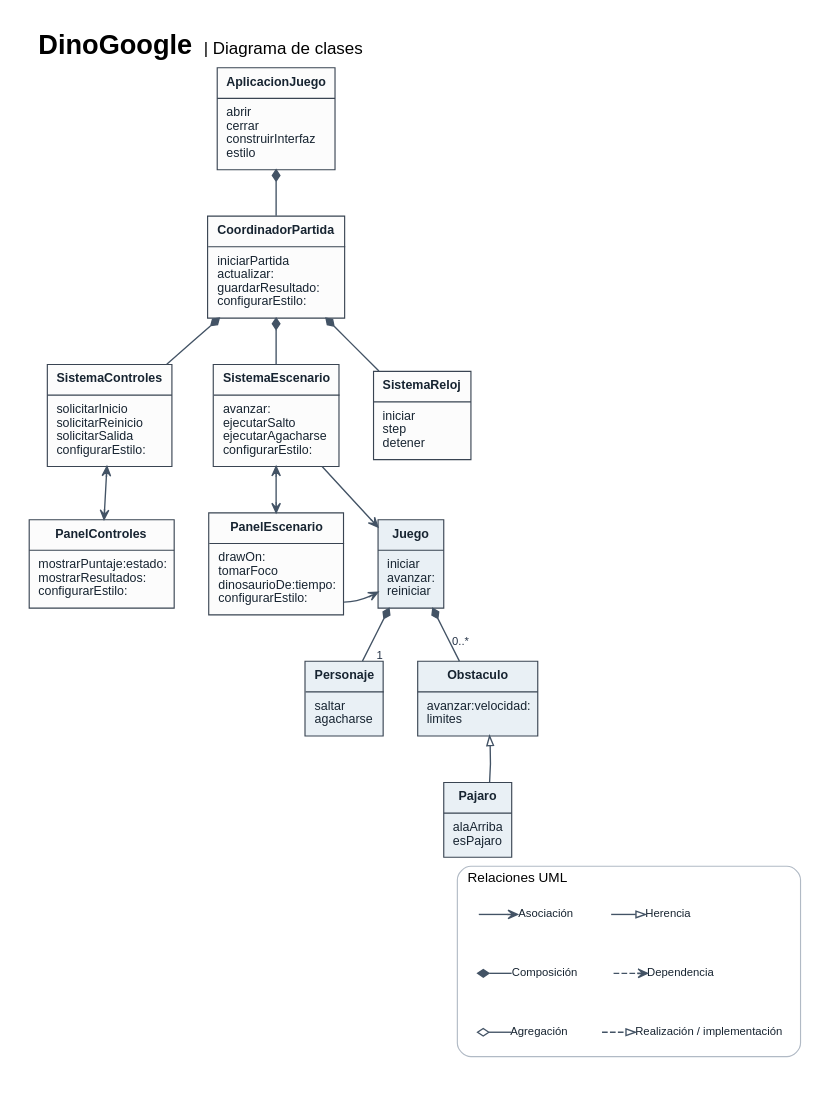
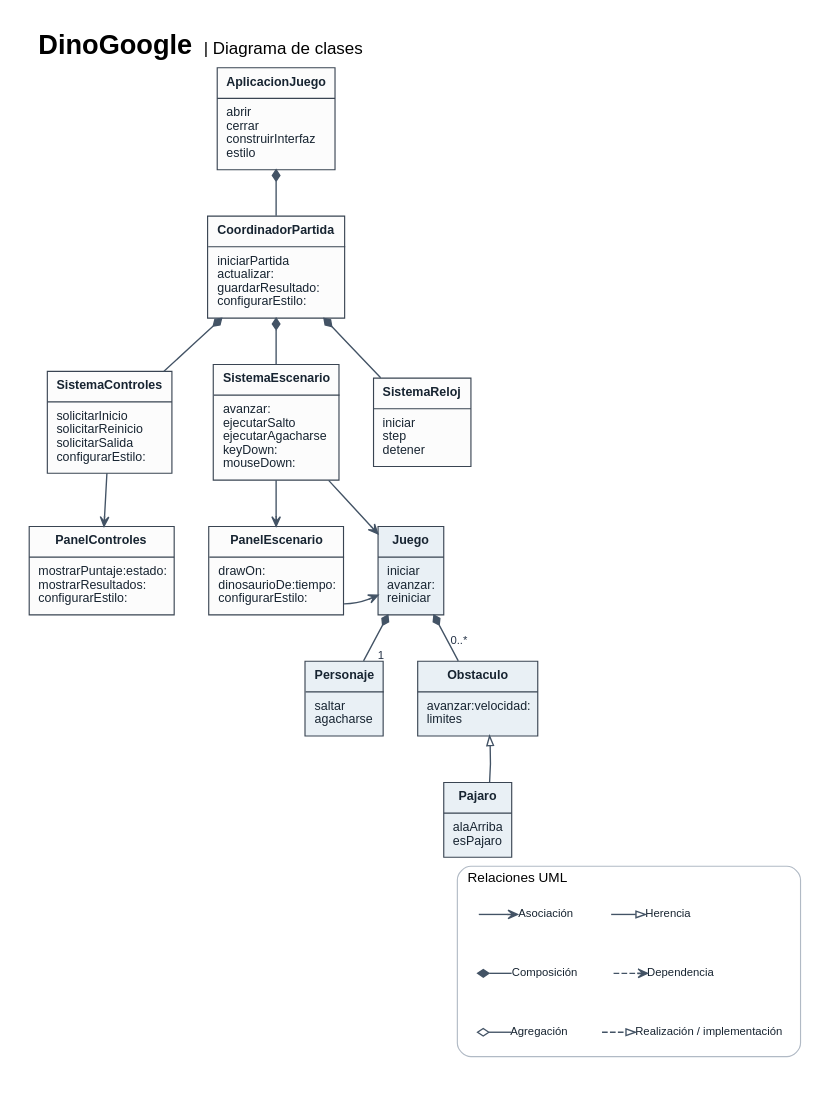
One commit to CnioritoD/DinoGoogle changed the diagram in docs/diagrama-de-clases.dot. Above: the diagram before and after it, drawn with Graphviz. The commit also changed 5 other files, not shown here.

```diff
--- a/docs/diagrama-de-clases.dot
+++ b/docs/diagrama-de-clases.dot
@@ -1,116 +1,116 @@
 digraph DinoGoogle {
   graph [rankdir=TB, bgcolor="#ffffff", pad=0.26, nodesep=0.42, ranksep=0.57,
     fontname="Arial", fontsize=24, labelloc=t, labeljust=l,
     label=<<B>DinoGoogle</B> <FONT POINT-SIZE="15">| Diagrama de clases</FONT>>];
   node [shape=plain, fontname="Arial", fontsize=11,
     color="#394452", fontcolor="#172431", penwidth=1.15, margin="0.16,0.09"];
   edge [fontname="Arial", fontsize=10, color="#435365", fontcolor="#243246",
     penwidth=1.2, arrowsize=0.83];
 
   AplicacionJuego [label=<<TABLE BORDER="1" COLOR="#394452" CELLBORDER="0" CELLSPACING="0" CELLPADDING="7" BGCOLOR="#fcfcfc">
     <TR><TD><B>AplicacionJuego</B></TD></TR>
     <HR/><TR><TD ALIGN="LEFT" BALIGN="LEFT">abrir<BR ALIGN="LEFT"/>cerrar<BR ALIGN="LEFT"/>construirInterfaz<BR ALIGN="LEFT"/>estilo</TD></TR>
   </TABLE>>];
   CoordinadorPartida [label=<<TABLE BORDER="1" COLOR="#394452" CELLBORDER="0" CELLSPACING="0" CELLPADDING="7" BGCOLOR="#fcfcfc">
     <TR><TD><B>CoordinadorPartida</B></TD></TR>
     <HR/><TR><TD ALIGN="LEFT" BALIGN="LEFT">iniciarPartida<BR ALIGN="LEFT"/>actualizar:<BR ALIGN="LEFT"/>guardarResultado:<BR ALIGN="LEFT"/>configurarEstilo:</TD></TR>
   </TABLE>>];
   SistemaControles [label=<<TABLE BORDER="1" COLOR="#394452" CELLBORDER="0" CELLSPACING="0" CELLPADDING="7" BGCOLOR="#fcfcfc">
     <TR><TD><B>SistemaControles</B></TD></TR>
     <HR/><TR><TD ALIGN="LEFT" BALIGN="LEFT">solicitarInicio<BR ALIGN="LEFT"/>solicitarReinicio<BR ALIGN="LEFT"/>solicitarSalida<BR ALIGN="LEFT"/>configurarEstilo:</TD></TR>
   </TABLE>>];
   SistemaEscenario [label=<<TABLE BORDER="1" COLOR="#394452" CELLBORDER="0" CELLSPACING="0" CELLPADDING="7" BGCOLOR="#fcfcfc">
     <TR><TD><B>SistemaEscenario</B></TD></TR>
-    <HR/><TR><TD ALIGN="LEFT" BALIGN="LEFT">avanzar:<BR ALIGN="LEFT"/>ejecutarSalto<BR ALIGN="LEFT"/>ejecutarAgacharse<BR ALIGN="LEFT"/>configurarEstilo:</TD></TR>
+    <HR/><TR><TD ALIGN="LEFT" BALIGN="LEFT">avanzar:<BR ALIGN="LEFT"/>ejecutarSalto<BR ALIGN="LEFT"/>ejecutarAgacharse<BR ALIGN="LEFT"/>keyDown:<BR ALIGN="LEFT"/>mouseDown:</TD></TR>
   </TABLE>>];
   SistemaReloj [label=<<TABLE BORDER="1" COLOR="#394452" CELLBORDER="0" CELLSPACING="0" CELLPADDING="7" BGCOLOR="#fcfcfc">
     <TR><TD><B>SistemaReloj</B></TD></TR>
     <HR/><TR><TD ALIGN="LEFT" BALIGN="LEFT">iniciar<BR ALIGN="LEFT"/>step<BR ALIGN="LEFT"/>detener</TD></TR>
   </TABLE>>];
   PanelControles [label=<<TABLE BORDER="1" COLOR="#394452" CELLBORDER="0" CELLSPACING="0" CELLPADDING="7" BGCOLOR="#fcfcfc">
     <TR><TD><B>PanelControles</B></TD></TR>
     <HR/><TR><TD ALIGN="LEFT" BALIGN="LEFT">mostrarPuntaje:estado:<BR ALIGN="LEFT"/>mostrarResultados:<BR ALIGN="LEFT"/>configurarEstilo:</TD></TR>
   </TABLE>>];
   PanelEscenario [label=<<TABLE BORDER="1" COLOR="#394452" CELLBORDER="0" CELLSPACING="0" CELLPADDING="7" BGCOLOR="#fcfcfc">
     <TR><TD><B>PanelEscenario</B></TD></TR>
-    <HR/><TR><TD ALIGN="LEFT" BALIGN="LEFT">drawOn:<BR ALIGN="LEFT"/>tomarFoco<BR ALIGN="LEFT"/>dinosaurioDe:tiempo:<BR ALIGN="LEFT"/>configurarEstilo:</TD></TR>
+    <HR/><TR><TD ALIGN="LEFT" BALIGN="LEFT">drawOn:<BR ALIGN="LEFT"/>dinosaurioDe:tiempo:<BR ALIGN="LEFT"/>configurarEstilo:</TD></TR>
   </TABLE>>];
   Juego [label=<<TABLE BORDER="1" COLOR="#394452" CELLBORDER="0" CELLSPACING="0" CELLPADDING="7" BGCOLOR="#e9f0f5">
     <TR><TD><B>Juego</B></TD></TR>
     <HR/><TR><TD ALIGN="LEFT" BALIGN="LEFT">iniciar<BR ALIGN="LEFT"/>avanzar:<BR ALIGN="LEFT"/>reiniciar</TD></TR>
   </TABLE>>];
   Personaje [label=<<TABLE BORDER="1" COLOR="#394452" CELLBORDER="0" CELLSPACING="0" CELLPADDING="7" BGCOLOR="#e9f0f5">
     <TR><TD><B>Personaje</B></TD></TR>
     <HR/><TR><TD ALIGN="LEFT" BALIGN="LEFT">saltar<BR ALIGN="LEFT"/>agacharse</TD></TR>
   </TABLE>>];
   Obstaculo [label=<<TABLE BORDER="1" COLOR="#394452" CELLBORDER="0" CELLSPACING="0" CELLPADDING="7" BGCOLOR="#e9f0f5">
     <TR><TD><B>Obstaculo</B></TD></TR>
     <HR/><TR><TD ALIGN="LEFT" BALIGN="LEFT">avanzar:velocidad:<BR ALIGN="LEFT"/>limites</TD></TR>
   </TABLE>>];
   Pajaro [label=<<TABLE BORDER="1" COLOR="#394452" CELLBORDER="0" CELLSPACING="0" CELLPADDING="7" BGCOLOR="#e9f0f5">
     <TR><TD><B>Pajaro</B></TD></TR>
     <HR/><TR><TD ALIGN="LEFT" BALIGN="LEFT">alaArriba<BR ALIGN="LEFT"/>esPajaro</TD></TR>
   </TABLE>>];
 
   // El rombo relleno va del lado del objeto que contiene al componente.
   edge [dir=back, arrowtail=diamond, arrowhead=none];
   AplicacionJuego -> CoordinadorPartida;
   CoordinadorPartida -> SistemaControles;
   CoordinadorPartida -> SistemaEscenario;
   CoordinadorPartida -> SistemaReloj;
   Juego -> Personaje [headlabel="1", labeldistance=1.6, labelangle=-46];
   Juego -> Obstaculo [headlabel="0..*", labeldistance=1.7, labelangle=-30];
 
   // La asociación muestra una referencia conservada por la clase.
   edge [dir=forward, arrowtail=none, arrowhead=vee];
-  SistemaControles -> PanelControles [dir=both, arrowtail=vee];
-  SistemaEscenario -> PanelEscenario [dir=both, arrowtail=vee];
+  SistemaControles -> PanelControles;
+  SistemaEscenario -> PanelEscenario;
   SistemaEscenario -> Juego;
   PanelEscenario -> Juego [constraint=false];
 
   // La dependencia indica uso sin una referencia de instancia propia.
   edge [style=dashed, arrowhead=vee, color="#657487"];
 
 
   // El triángulo hueco señala la superclase.
   edge [style=solid, color="#435365", arrowhead=onormal, constraint=false];
   Pajaro -> Obstaculo;
 
   {rank=same; SistemaControles; SistemaEscenario; SistemaReloj}
   {rank=same; PanelControles; PanelEscenario; Juego}
   {rank=same; Personaje; Obstaculo}
   edge [style=invis, constraint=true, weight=10];
   PanelControles -> PanelEscenario -> Juego;
   Personaje -> Obstaculo;
   Obstaculo -> Pajaro;
 
   subgraph cluster_leyenda {
     graph [label="Relaciones UML", fontname="Arial", fontsize=12, style=rounded, color="#b1bac5", margin=16];
     node [shape=plain, style="", fontname="Arial", fontsize=10];
     asociacion [label="Asociación"];
     herencia [label="Herencia"];
     composicion [label="Composición"];
     dependencia [label="Dependencia"];
     agregacion [label="Agregación"];
     realizacion [label="Realización / implementación"];
     node [shape=point, width=0.015, height=0.015, fixedsize=true, label="", style=invis];
     edge [style=solid, constraint=true, weight=1, arrowtail=none, arrowhead=vee];
     {rank=same; a; asociacion; h; herencia}
     {rank=same; c; composicion; d; dependencia}
     {rank=same; g; agregacion; r; realizacion}
     a -> asociacion;
     h -> herencia [arrowhead=onormal];
     c -> composicion [dir=back, arrowtail=diamond, arrowhead=none];
     d -> dependencia [style=dashed];
     g -> agregacion [dir=back, arrowtail=odiamond, arrowhead=none];
     r -> realizacion [style=dashed, arrowhead=onormal];
     asociacion -> h [style=invis];
     composicion -> d [style=invis];
     agregacion -> r [style=invis];
     a -> c -> g [style=invis, minlen=1];
     h -> d -> r [style=invis, minlen=1];
   }
   // Mantiene la leyenda debajo del diagrama.
   Pajaro -> a [style=invis];
 
 }
```
